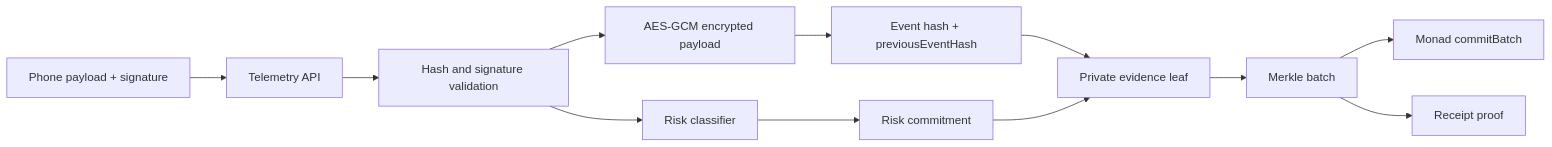
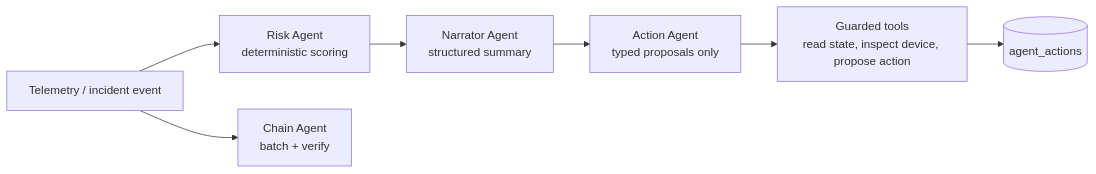
Before and after one commit to roshaninfordham/monad-sentinel: the tenth of 11 diagrams in docs/architecture.md, drawn with Mermaid. The commit also changed other lines of this file and 22 other files, not shown here.

Commit message:
docs: refresh architecture docs and screenshots

````diff
--- a/docs/architecture.md
+++ b/docs/architecture.md
@@ -114,14 +314,17 @@
 ```mermaid
 flowchart LR
-  Phone[Phone payload + signature] --> Ingest[Telemetry API]
-  Ingest --> Validate[Hash and signature validation]
-  Validate --> Encrypt[AES-GCM encrypted payload]
-  Validate --> Risk[Risk classifier]
-  Encrypt --> EventHash[Event hash + previousEventHash]
-  Risk --> RiskCommit[Risk commitment]
-  EventHash --> Leaf[Private evidence leaf]
-  RiskCommit --> Leaf
-  Leaf --> Batch[Merkle batch]
-  Batch --> Monad[Monad commitBatch]
-  Batch --> Receipt[Receipt proof]
+  Event[Telemetry / incident event]
+  Risk[Risk Agent<br/>deterministic scoring]
+  Chain[Chain Agent<br/>batch + verify]
+  Narrator[Narrator Agent<br/>structured summary]
+  Action[Action Agent<br/>typed proposals only]
+  Tools[Guarded tools<br/>read state, inspect device, propose action]
+  Log[(agent_actions)]
+
+  Event --> Risk
+  Event --> Chain
+  Risk --> Narrator
+  Narrator --> Action
+  Action --> Tools
+  Tools --> Log
 ```
````
